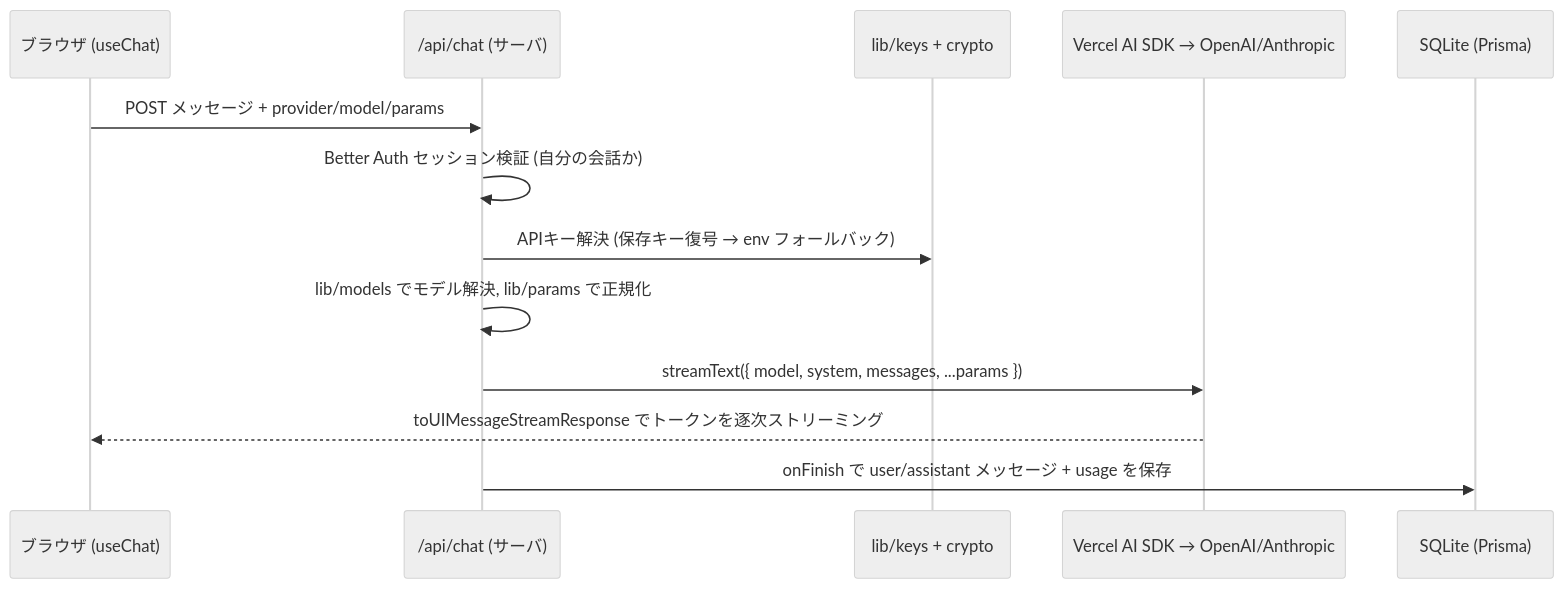
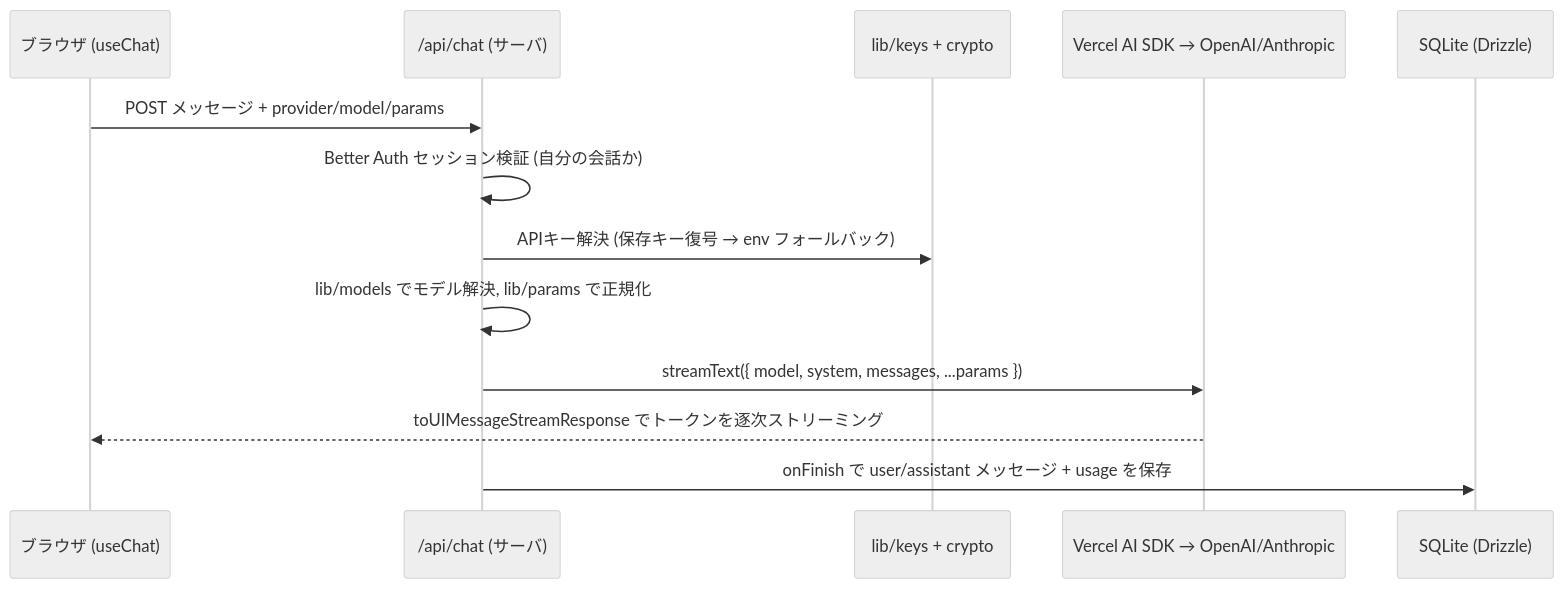
Before and after one commit to Keisuke69/PlainChat: the diagram in docs/DESIGN.md, drawn with Mermaid (neutral theme). The commit also changed other lines of this file and 28 other files, not shown here.

First line of the commit message:
refactor: 永続化を Prisma から Drizzle ORM + better-sqlite3 へ移行

````diff
--- a/docs/DESIGN.md
+++ b/docs/DESIGN.md
@@ -160,16 +163,16 @@
 ```mermaid
 sequenceDiagram
   participant U as ブラウザ (useChat)
   participant API as /api/chat (サーバ)
   participant K as lib/keys + crypto
   participant LLM as Vercel AI SDK → OpenAI/Anthropic
-  participant DB as SQLite (Prisma)
+  participant DB as SQLite (Drizzle)
 
   U->>API: POST メッセージ + provider/model/params
   API->>API: Better Auth セッション検証 (自分の会話か)
   API->>K: APIキー解決 (保存キー復号 → env フォールバック)
   API->>API: lib/models でモデル解決, lib/params で正規化
   API->>LLM: streamText({ model, system, messages, ...params })
   LLM-->>U: toUIMessageStreamResponse でトークンを逐次ストリーミング
   API->>DB: onFinish で user/assistant メッセージ + usage を保存
 ```
````
